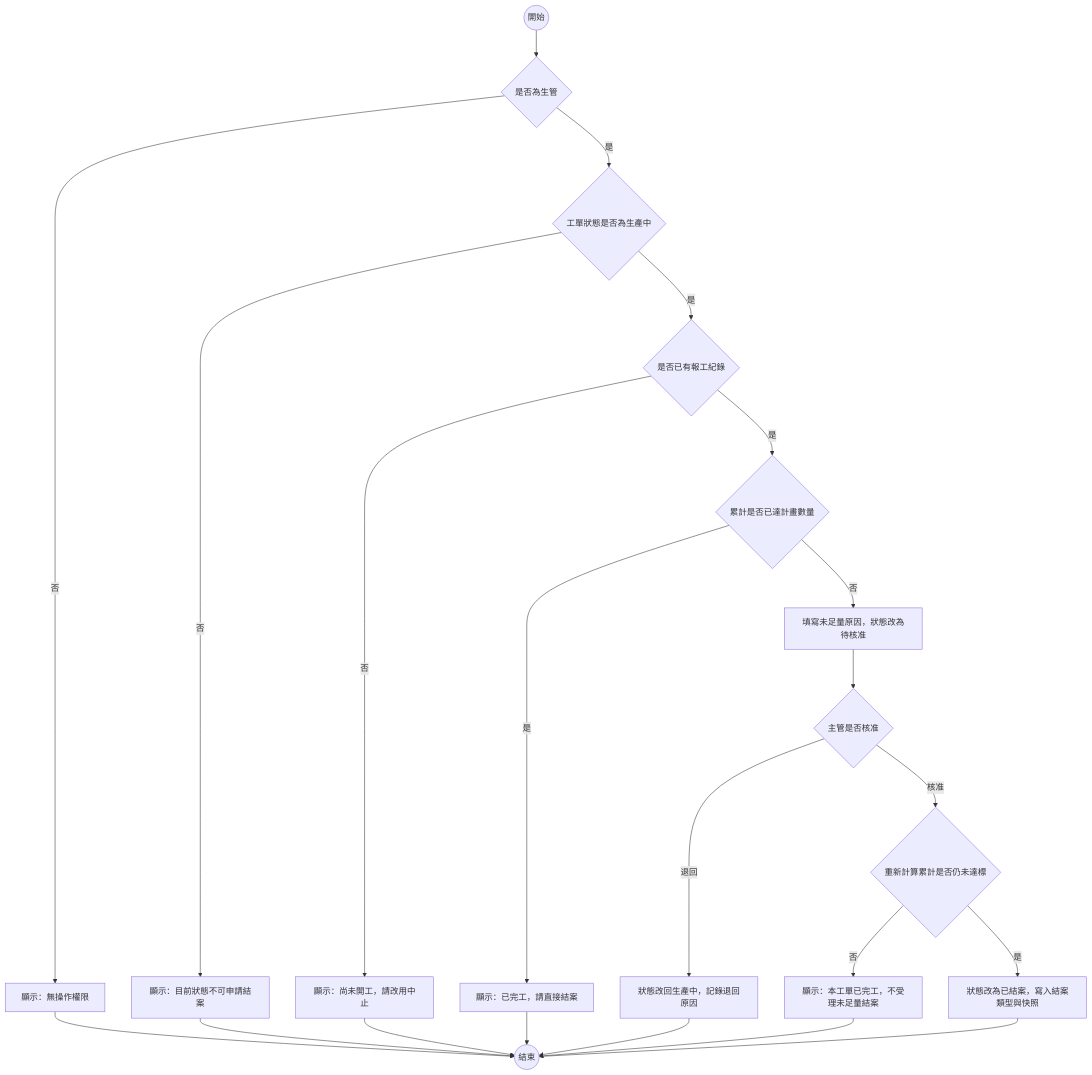
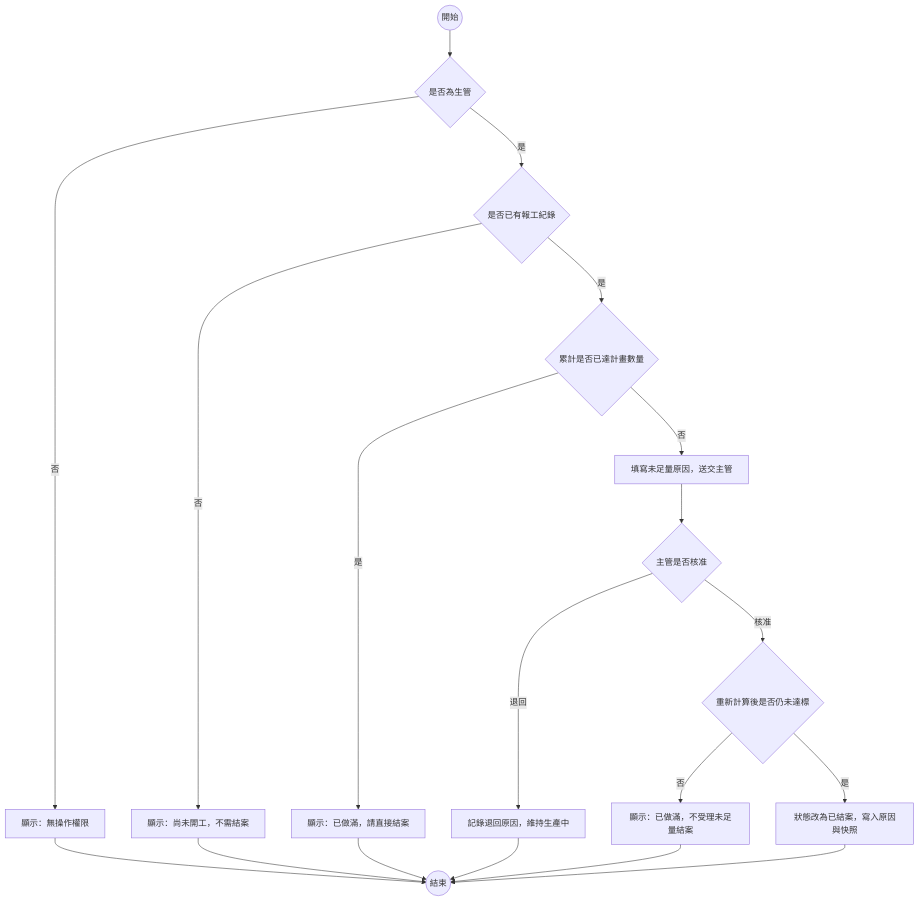
Before and after one commit to billy1125/system-analysis-and-design: the third of 8 diagrams in 03-example-reports/Design-Phase-Sample-Report.md, drawn with Mermaid. The commit also changed other lines of this file and 1 other file, not shown here.

````diff
--- a/03-example-reports/Design-Phase-Sample-Report.md
+++ b/03-example-reports/Design-Phase-Sample-Report.md
@@ -441,24 +320,21 @@
 ```mermaid
 flowchart TD
     START((開始)) --> C1{是否為生管}
     C1 -->|否| X1[顯示：無操作權限]
-    C1 -->|是| C2{工單狀態是否為生產中}
-    C2 -->|否| X2[顯示：目前狀態不可申請結案]
-    C2 -->|是| C3{是否已有報工紀錄}
-    C3 -->|否| X3[顯示：尚未開工，請改用中止]
-    C3 -->|是| C4{累計是否已達計畫數量}
-    C4 -->|是| X4[顯示：已完工，請直接結案]
-    C4 -->|否| A1[填寫未足量原因，狀態改為待核准]
-    A1 --> C5{主管是否核准}
-    C5 -->|退回| A2[狀態改回生產中，記錄退回原因]
-    C5 -->|核准| C6{重新計算累計是否仍未達標}
-    C6 -->|否| X5[顯示：本工單已完工，不受理未足量結案]
-    C6 -->|是| A3[狀態改為已結案，寫入結案類型與快照]
+    C1 -->|是| C2{是否已有報工紀錄}
+    C2 -->|否| X2[顯示：尚未開工，不需結案]
+    C2 -->|是| C3{累計是否已達計畫數量}
+    C3 -->|是| X3[顯示：已做滿，請直接結案]
+    C3 -->|否| A1[填寫未足量原因，送交主管]
+    A1 --> C4{主管是否核准}
+    C4 -->|退回| A2[記錄退回原因，維持生產中]
+    C4 -->|核准| C5{重新計算後是否仍未達標}
+    C5 -->|否| X4[顯示：已做滿，不受理未足量結案]
+    C5 -->|是| A3[狀態改為已結案，寫入原因與快照]
     A3 --> END((結束))
     A2 --> END
     X1 --> END
     X2 --> END
     X3 --> END
     X4 --> END
-    X5 --> END
 ```
````
